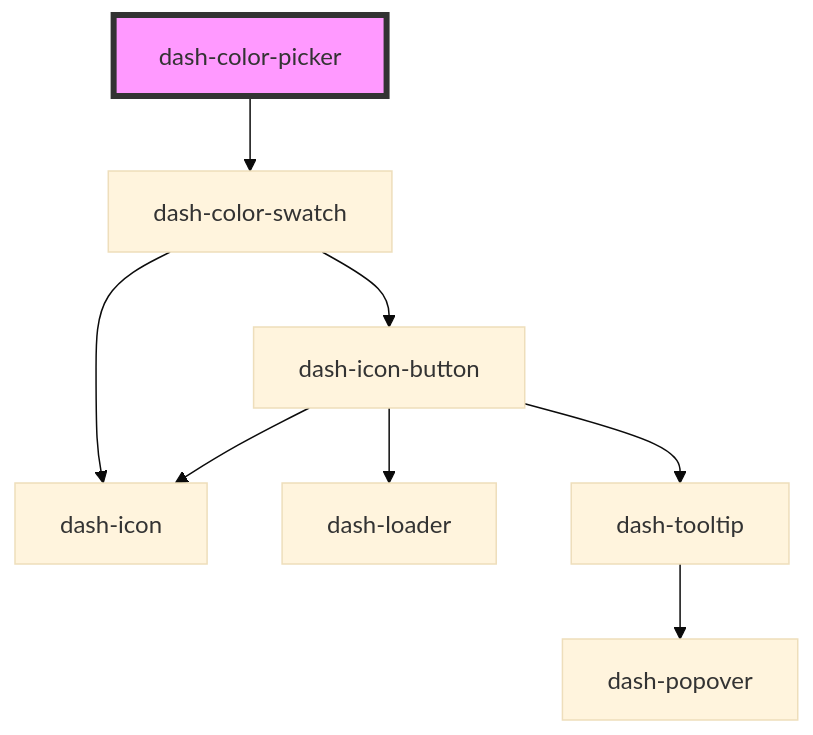
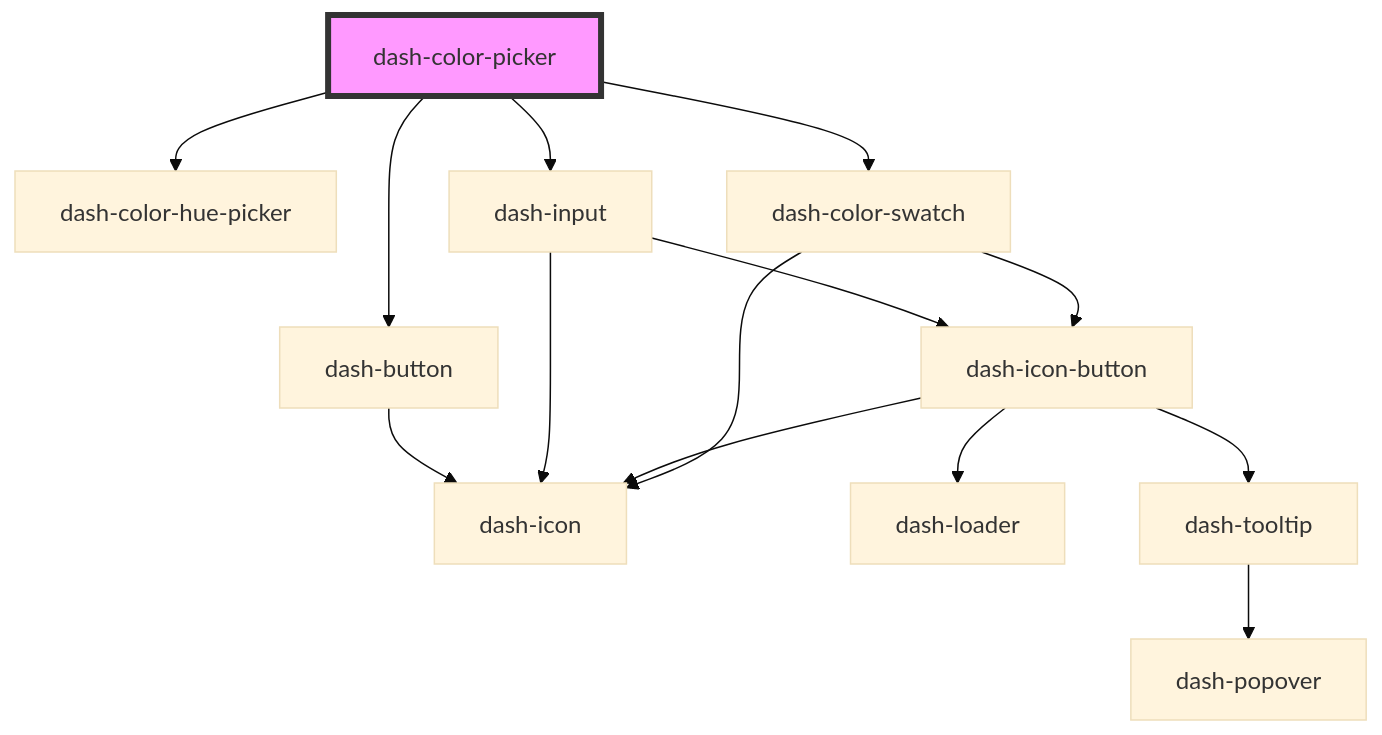
Before and after one commit to jmanke/dash: the diagram in packages/dash-components/src/components/dash-color-picker/readme.md, drawn with Mermaid (base theme). The commit also changed other lines of this file and 35 other files, not shown here.

````diff
--- a/packages/dash-components/src/components/dash-color-picker/readme.md
+++ b/packages/dash-components/src/components/dash-color-picker/readme.md
@@ -31,11 +33,17 @@
 ```mermaid
 graph TD;
+  dash-color-picker --> dash-color-hue-picker
+  dash-color-picker --> dash-button
+  dash-color-picker --> dash-input
   dash-color-picker --> dash-color-swatch
-  dash-color-swatch --> dash-icon-button
-  dash-color-swatch --> dash-icon
+  dash-button --> dash-icon
+  dash-input --> dash-icon
+  dash-input --> dash-icon-button
   dash-icon-button --> dash-icon
   dash-icon-button --> dash-loader
   dash-icon-button --> dash-tooltip
   dash-tooltip --> dash-popover
+  dash-color-swatch --> dash-icon-button
+  dash-color-swatch --> dash-icon
   style dash-color-picker fill:#f9f,stroke:#333,stroke-width:4px
 ```
````
